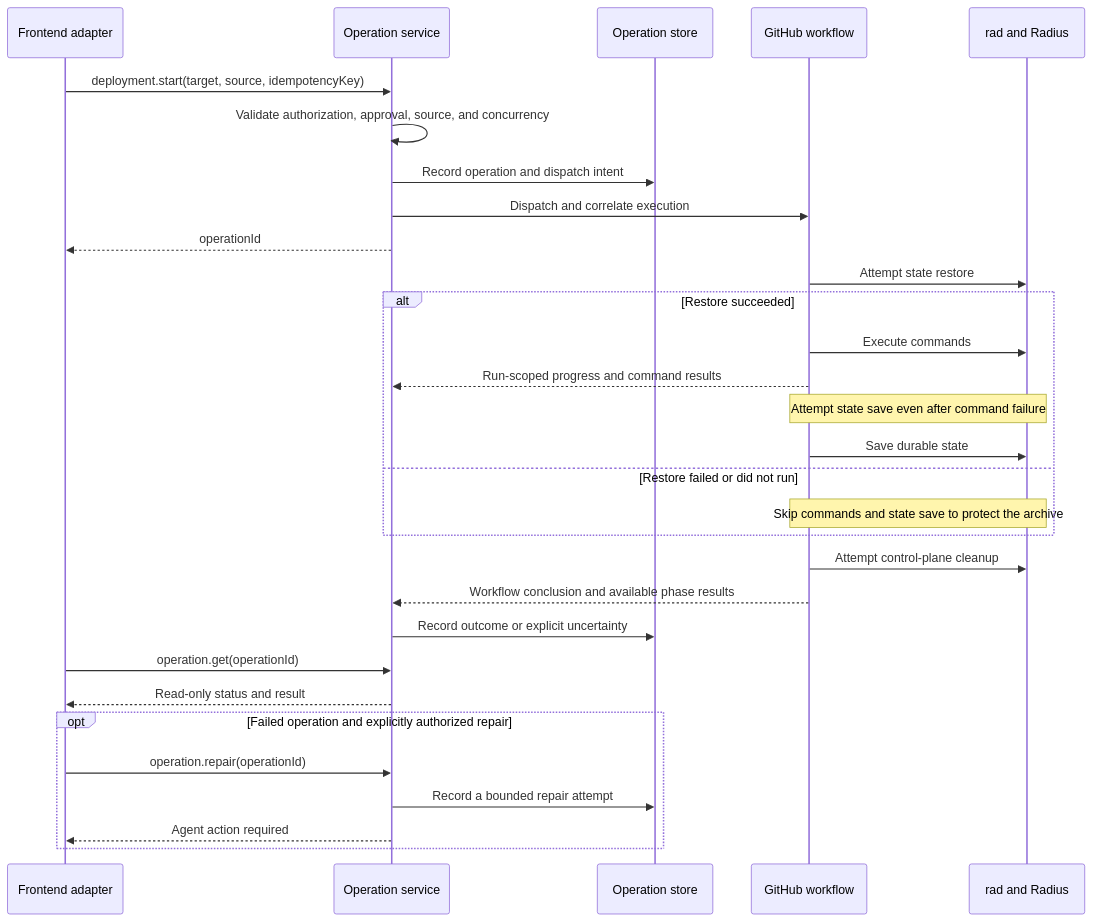
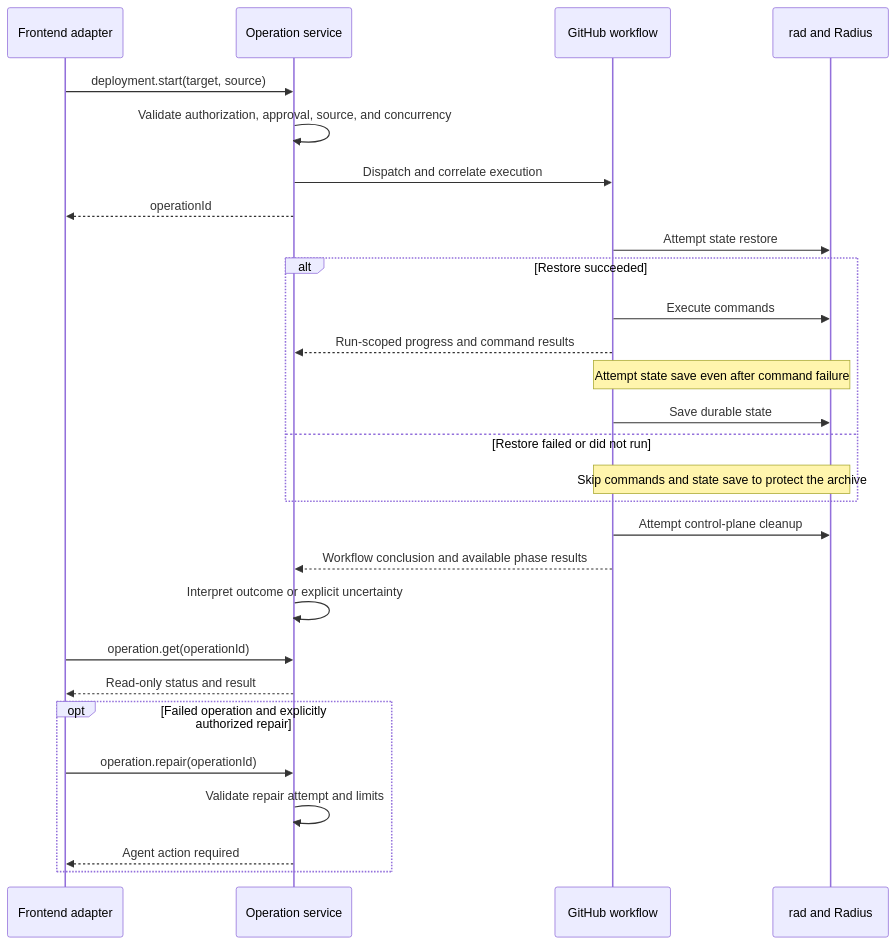
The fourth of 4 diagrams in docs/architecture/repo-radius.md (radius-project/radius), drawn with Mermaid before and after one commit. The commit also changed other lines of this file, not shown here.

Commit message:
docs: defer Repo Radius operation storage design

````diff
--- a/docs/architecture/repo-radius.md
+++ b/docs/architecture/repo-radius.md
@@ -362,32 +356,30 @@
 ```mermaid
 sequenceDiagram
     participant F as Frontend adapter
     participant S as Operation service
-    participant O as Operation store
     participant W as GitHub workflow
     participant R as rad and Radius
-    F->>S: deployment.start(target, source, idempotencyKey)
+    F->>S: deployment.start(target, source)
     S->>S: Validate authorization, approval, source, and concurrency
-    S->>O: Record operation and dispatch intent
     S->>W: Dispatch and correlate execution
     S-->>F: operationId
     W->>R: Attempt state restore
     alt Restore succeeded
         W->>R: Execute commands
         W-->>S: Run-scoped progress and command results
         Note over W,R: Attempt state save even after command failure
         W->>R: Save durable state
     else Restore failed or did not run
         Note over W,R: Skip commands and state save to protect the archive
     end
     W->>R: Attempt control-plane cleanup
     W-->>S: Workflow conclusion and available phase results
-    S->>O: Record outcome or explicit uncertainty
+    S->>S: Interpret outcome or explicit uncertainty
     F->>S: operation.get(operationId)
     S-->>F: Read-only status and result
     opt Failed operation and explicitly authorized repair
         F->>S: operation.repair(operationId)
-        S->>O: Record a bounded repair attempt
+        S->>S: Validate repair attempt and limits
         S-->>F: Agent action required
     end
 ```
````
